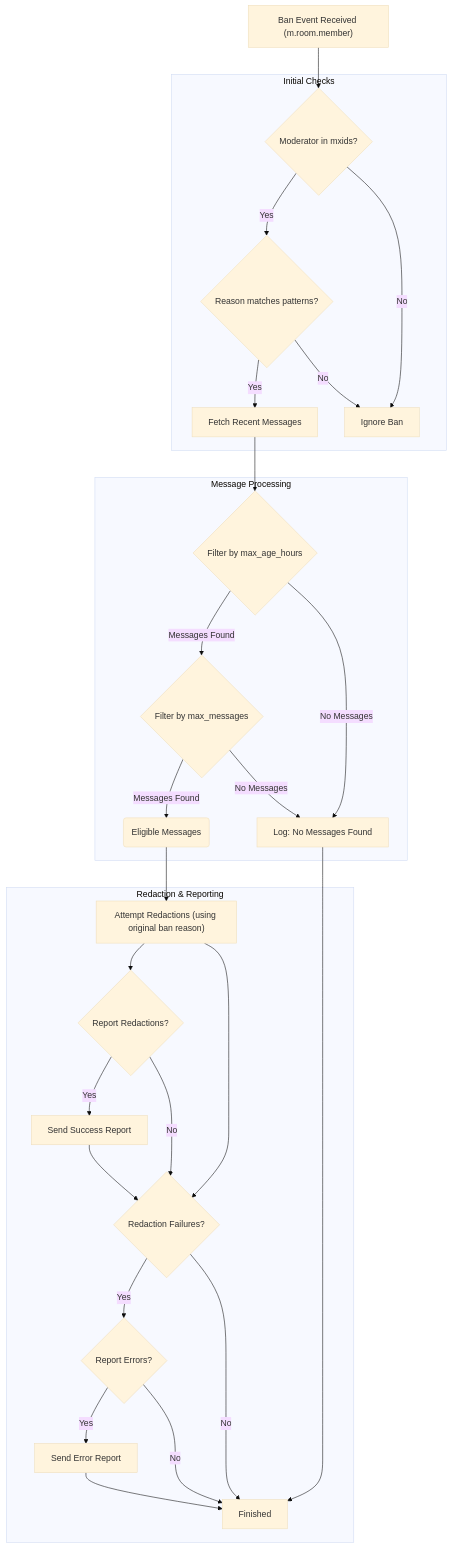
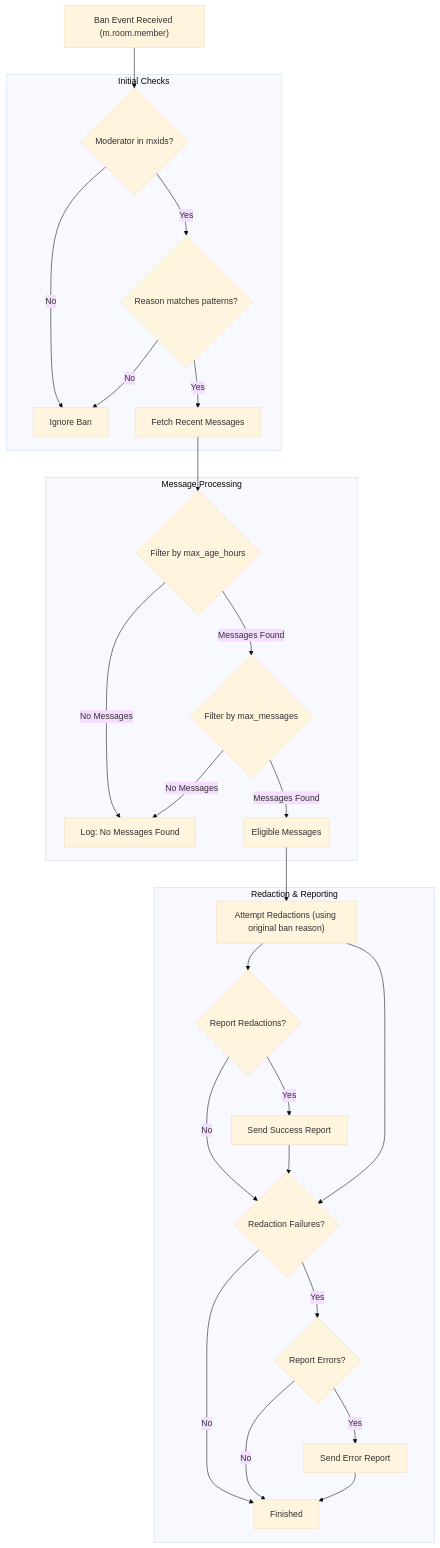
One commit to tcpipuk/maubot-redactor changed the diagram in README.md. Above: the diagram before and after it, drawn with Mermaid (base theme).

Commit message:
Remove extra link

````diff
--- a/README.md
+++ b/README.md
@@ -97,38 +97,36 @@
 ```mermaid
 graph TD
     A["Ban Event Received (m.room.member)"] --> CheckModerator{Moderator in mxids?};
 
     subgraph Initial Checks
         CheckModerator -- Yes --> CheckReason{Reason matches patterns?};
         CheckModerator -- No --> Z[Ignore Ban];
         CheckReason -- Yes --> FetchMessages["Fetch Recent Messages"];
         CheckReason -- No --> Z;
     end
 
     subgraph Message Processing
         FetchMessages --> FilterAge{Filter by max_age_hours};
         FilterAge -- Messages Found --> FilterCount{Filter by max_messages};
         FilterAge -- No Messages --> Y[Log: No Messages Found];
         FilterCount -- Messages Found --> ProcessedMessages(Eligible Messages);
         FilterCount -- No Messages --> Y;
     end
 
     ProcessedMessages --> AttemptRedactions["Attempt Redactions (using original ban reason)"];
 
     subgraph Redaction & Reporting
         AttemptRedactions --> ReportRedactions{Report Redactions?};
         ReportRedactions -- Yes --> SendSuccess[Send Success Report];
         ReportRedactions -- No --> CheckFailures;
         SendSuccess --> CheckFailures;
 
         AttemptRedactions --> CheckFailures{Redaction Failures?};
         CheckFailures -- Yes --> ReportErrors{Report Errors?};
         CheckFailures -- No --> J[Finished];
 
         ReportErrors -- Yes --> SendError[Send Error Report];
         ReportErrors -- No --> J;
         SendError --> J;
     end
-
-    Y --> J;
 ```
````
